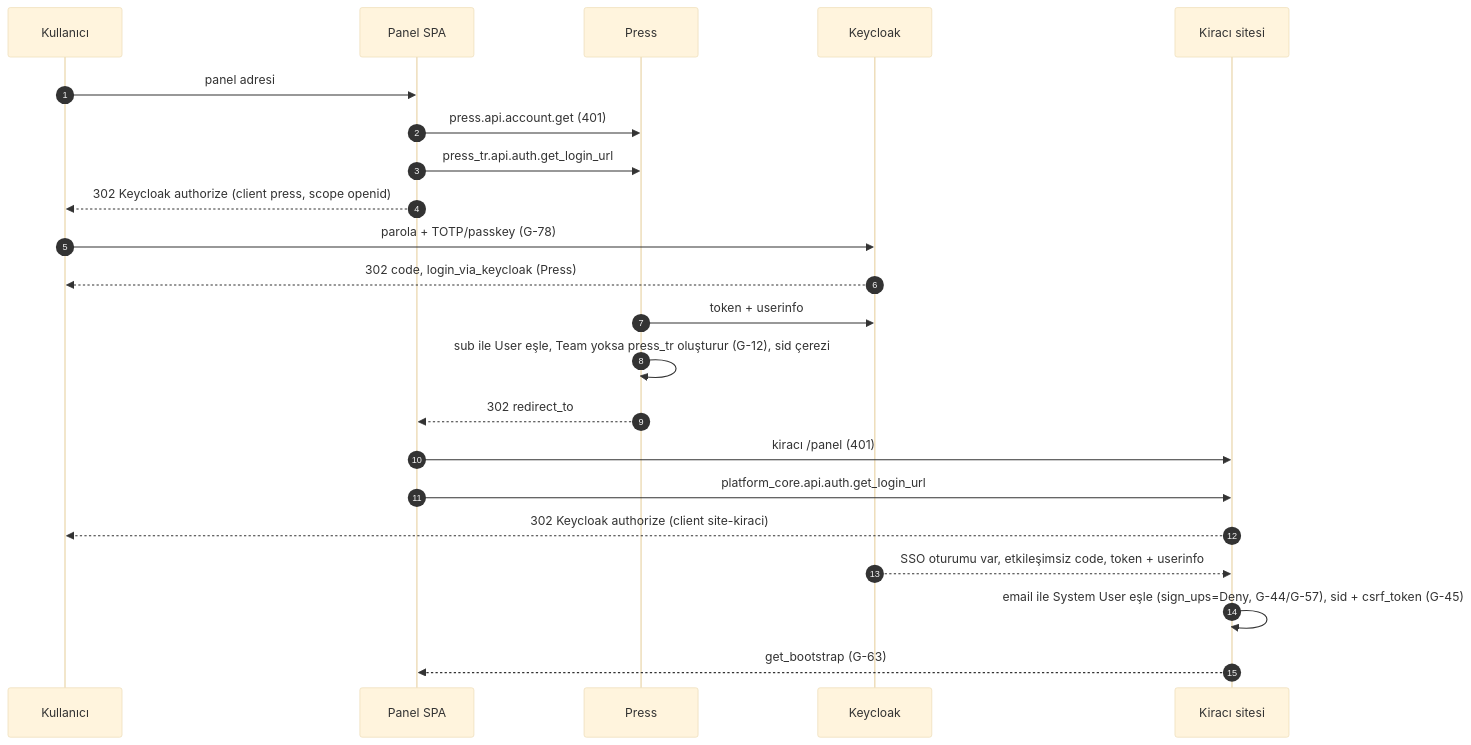
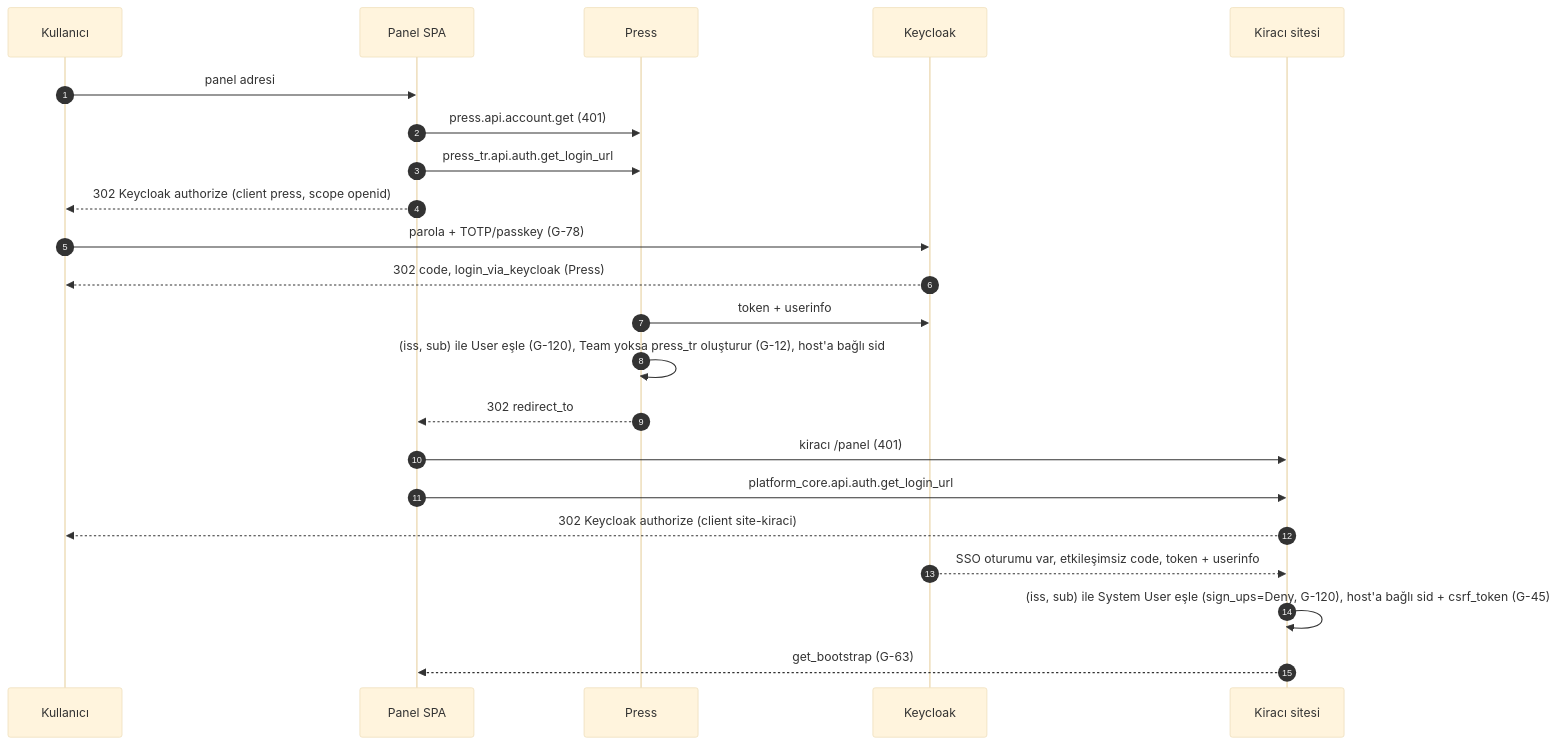
The first of 3 diagrams in src/content/docs/rail-4-keycloak.md (karacaismail/frappesetup), drawn with Mermaid (base theme) before and after one commit. The commit also changed other lines of this file and 43 other files, not shown here.

````diff
--- a/src/content/docs/rail-4-keycloak.md
+++ b/src/content/docs/rail-4-keycloak.md
@@ -31,24 +45,24 @@
 ```mermaid
 sequenceDiagram
   autonumber
   participant U as Kullanıcı
   participant P as Panel SPA
   participant PR as Press
   participant K as Keycloak
   participant S as Kiracı sitesi
   U->>P: panel adresi
   P->>PR: press.api.account.get (401)
   P->>PR: press_tr.api.auth.get_login_url
   P-->>U: 302 Keycloak authorize (client press, scope openid)
   U->>K: parola + TOTP/passkey (G-78)
   K-->>U: 302 code, login_via_keycloak (Press)
   PR->>K: token + userinfo
-  PR->>PR: sub ile User eşle, Team yoksa press_tr oluşturur (G-12), sid çerezi
+  PR->>PR: (iss, sub) ile User eşle (G-120), Team yoksa press_tr oluşturur (G-12), host'a bağlı sid
   PR-->>P: 302 redirect_to
   P->>S: kiracı /panel (401)
   P->>S: platform_core.api.auth.get_login_url
   S-->>U: 302 Keycloak authorize (client site-kiraci)
   K-->>S: SSO oturumu var, etkileşimsiz code, token + userinfo
-  S->>S: email ile System User eşle (sign_ups=Deny, G-44/G-57), sid + csrf_token (G-45)
+  S->>S: (iss, sub) ile System User eşle (sign_ups=Deny, G-120), host'a bağlı sid + csrf_token (G-45)
   S-->>P: get_bootstrap (G-63)
 ```
````
